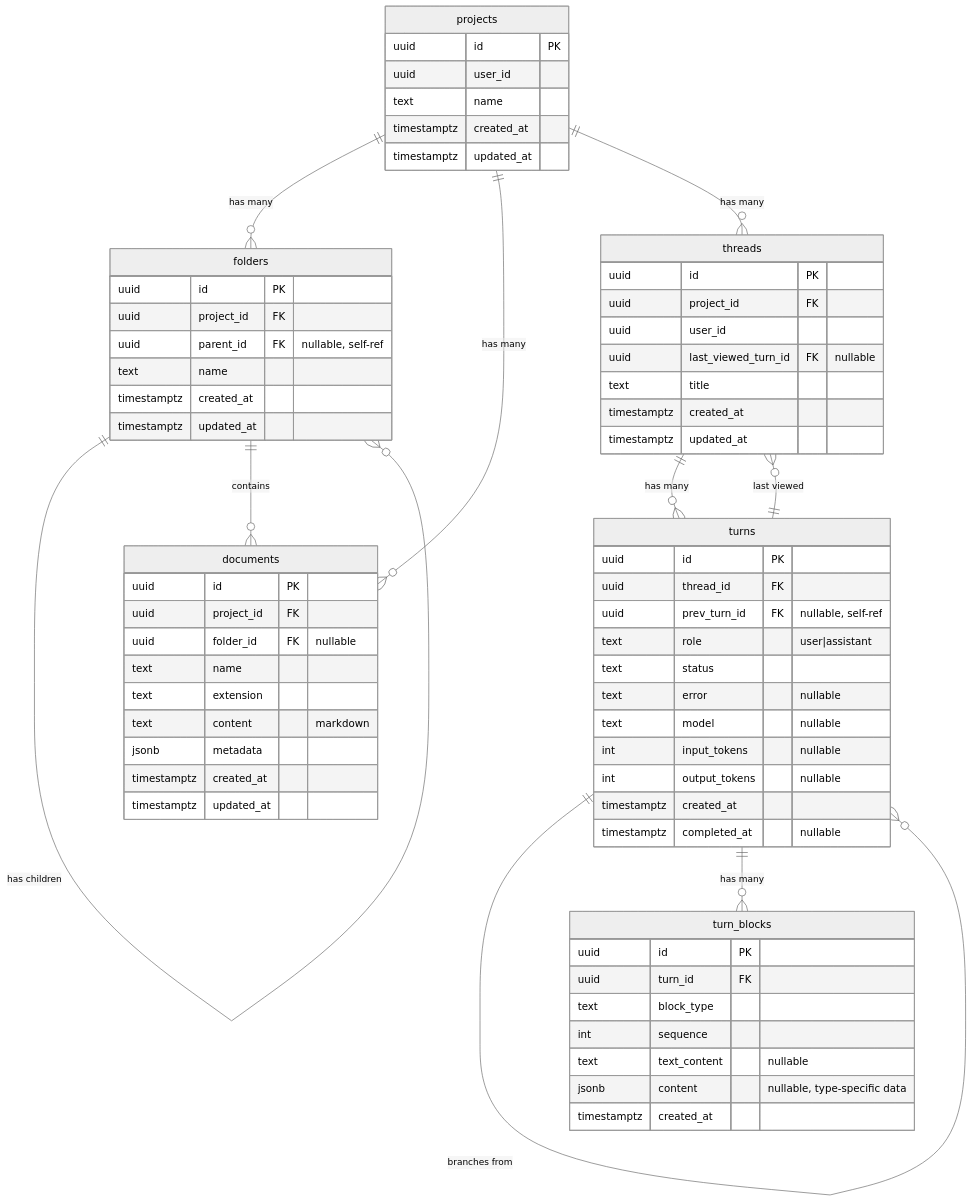
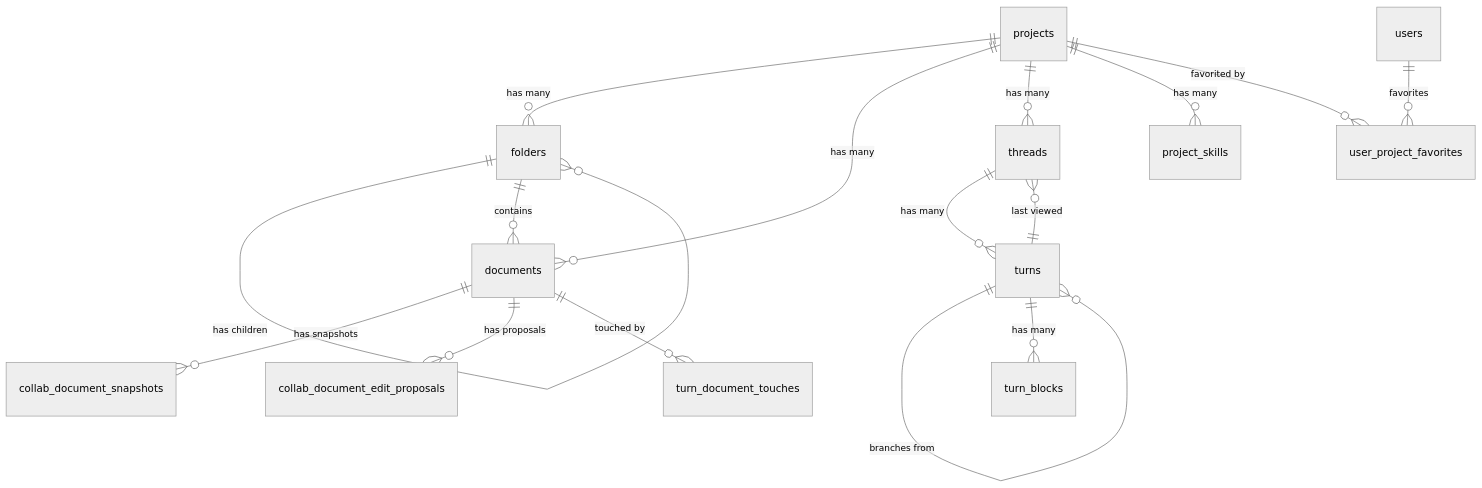
Before and after one commit to haowjy/meridian-flow: the diagram in _docs/technical/backend/database/schema.md, drawn with Mermaid (neutral theme). The commit also changed other lines of this file and 62 other files, not shown here.

````diff
--- a/_docs/technical/backend/database/schema.md
+++ b/_docs/technical/backend/database/schema.md
@@ -14,75 +12,18 @@
 ```mermaid
 erDiagram
     projects ||--o{ folders : "has many"
     projects ||--o{ documents : "has many"
     projects ||--o{ threads : "has many"
+    projects ||--o{ project_skills : "has many"
+    users ||--o{ user_project_favorites : "favorites"
+    projects ||--o{ user_project_favorites : "favorited by"
     folders ||--o{ folders : "has children"
     folders ||--o{ documents : "contains"
     threads ||--o{ turns : "has many"
     threads }o--|| turns : "last viewed"
     turns ||--o{ turns : "branches from"
     turns ||--o{ turn_blocks : "has many"
-
-    projects {
-        uuid id PK
-        uuid user_id
-        text name
-        timestamptz created_at
-        timestamptz updated_at
-    }
-
-    folders {
-        uuid id PK
-        uuid project_id FK
-        uuid parent_id FK "nullable, self-ref"
-        text name
-        timestamptz created_at
-        timestamptz updated_at
-    }
-
-    documents {
-        uuid id PK
-        uuid project_id FK
-        uuid folder_id FK "nullable"
-        text name
-        text extension
-        text content "markdown"
-        jsonb metadata
-        timestamptz created_at
-        timestamptz updated_at
-    }
-
-    threads {
-        uuid id PK
-        uuid project_id FK
-        uuid user_id
-        uuid last_viewed_turn_id FK "nullable"
-        text title
-        timestamptz created_at
-        timestamptz updated_at
-    }
-
-    turns {
-        uuid id PK
-        uuid thread_id FK
-        uuid prev_turn_id FK "nullable, self-ref"
-        text role "user|assistant"
-        text status
-        text error "nullable"
-        text model "nullable"
-        int input_tokens "nullable"
-        int output_tokens "nullable"
-        timestamptz created_at
-        timestamptz completed_at "nullable"
-    }
-
-    turn_blocks {
-        uuid id PK
-        uuid turn_id FK
-        text block_type
-        int sequence
-        text text_content "nullable"
-        jsonb content "nullable, type-specific data"
-        timestamptz created_at
-    }
+    documents ||--o{ collab_document_snapshots : "has snapshots"
+    documents ||--o{ collab_document_edit_proposals : "has proposals"
+    documents ||--o{ turn_document_touches : "touched by"
 ```
````
